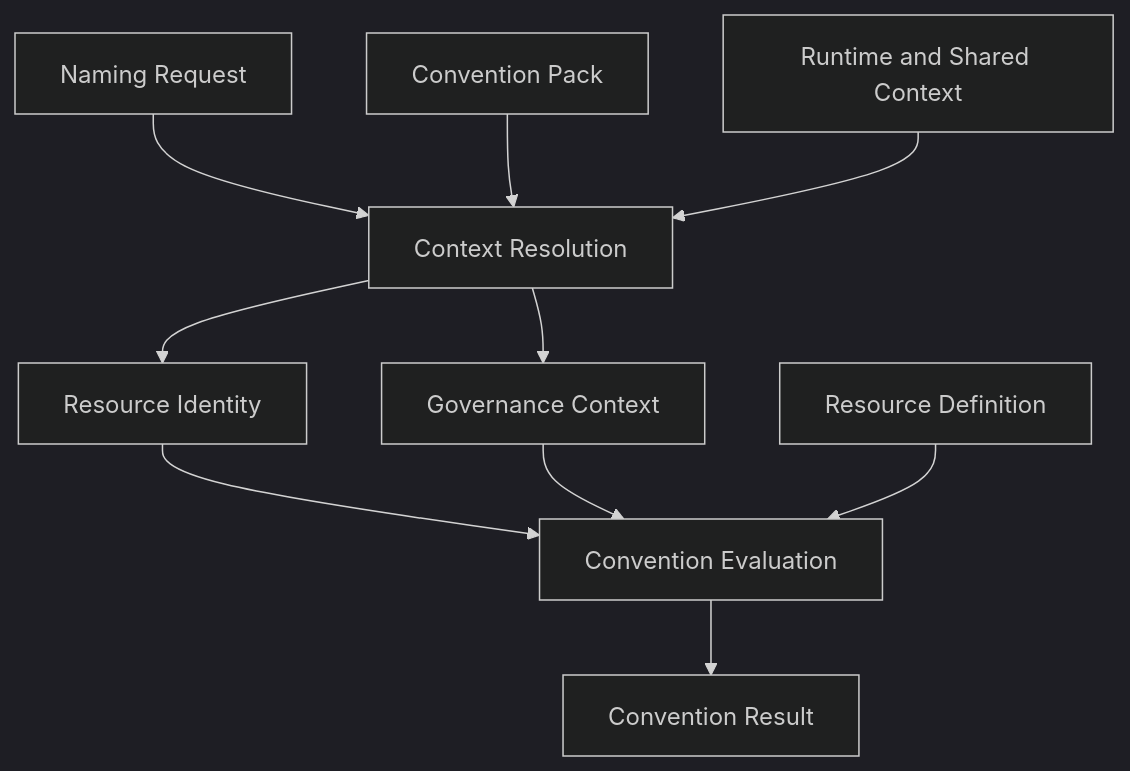
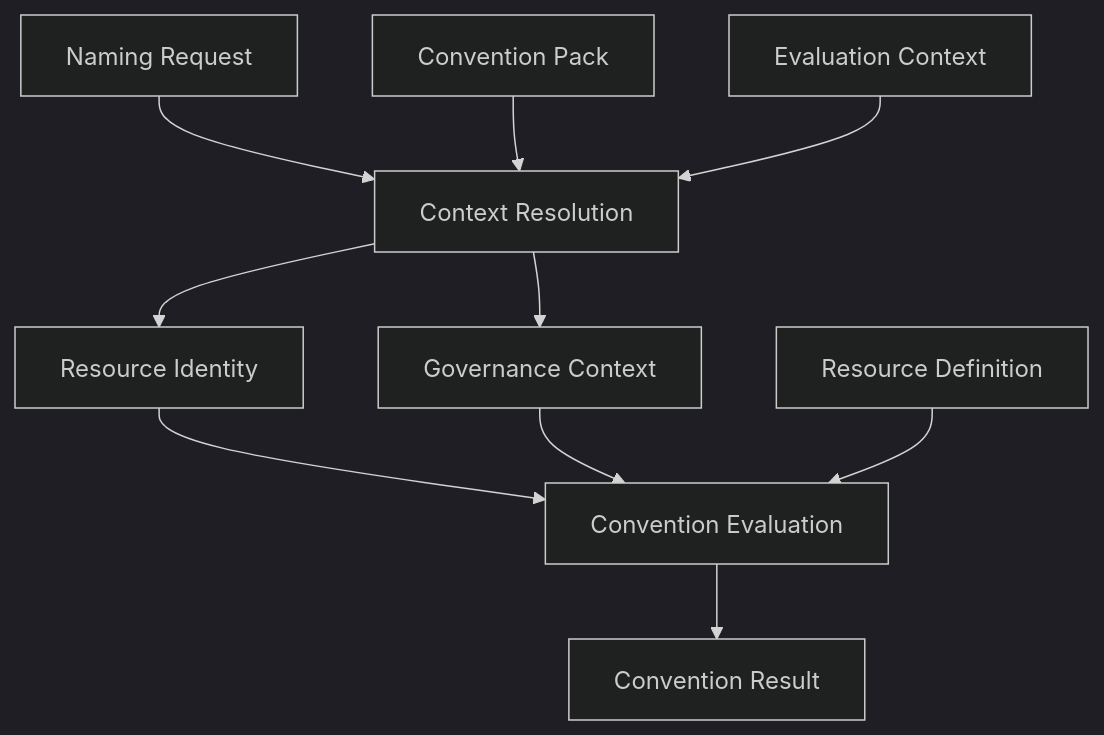
The diagram in specification/README.md (lksnext/iac-resource-conventions), drawn with Mermaid (dark theme) before and after one commit. The commit also changed other lines of this file and 13 other files, not shown here.

Commit message:
docs(specification): refine composable convention architecture

````diff
--- a/specification/README.md
+++ b/specification/README.md
@@ -119,22 +119,22 @@
 ```mermaid
 flowchart TD
     NR["Naming Request"]
     CP["Convention Pack"]
-    RC["Runtime and Shared Context"]
+    EC["Evaluation Context"]
     CR["Context Resolution"]
     RI["Resource Identity"]
     GC["Governance Context"]
     RD["Resource Definition"]
     CE["Convention Evaluation"]
     RS["Convention Result"]
 
     NR --> CR
     CP --> CR
-    RC --> CR
+    EC --> CR
     CR --> RI
     CR --> GC
     RI --> CE
     GC --> CE
     RD --> CE
     CE --> RS
 ```
````
